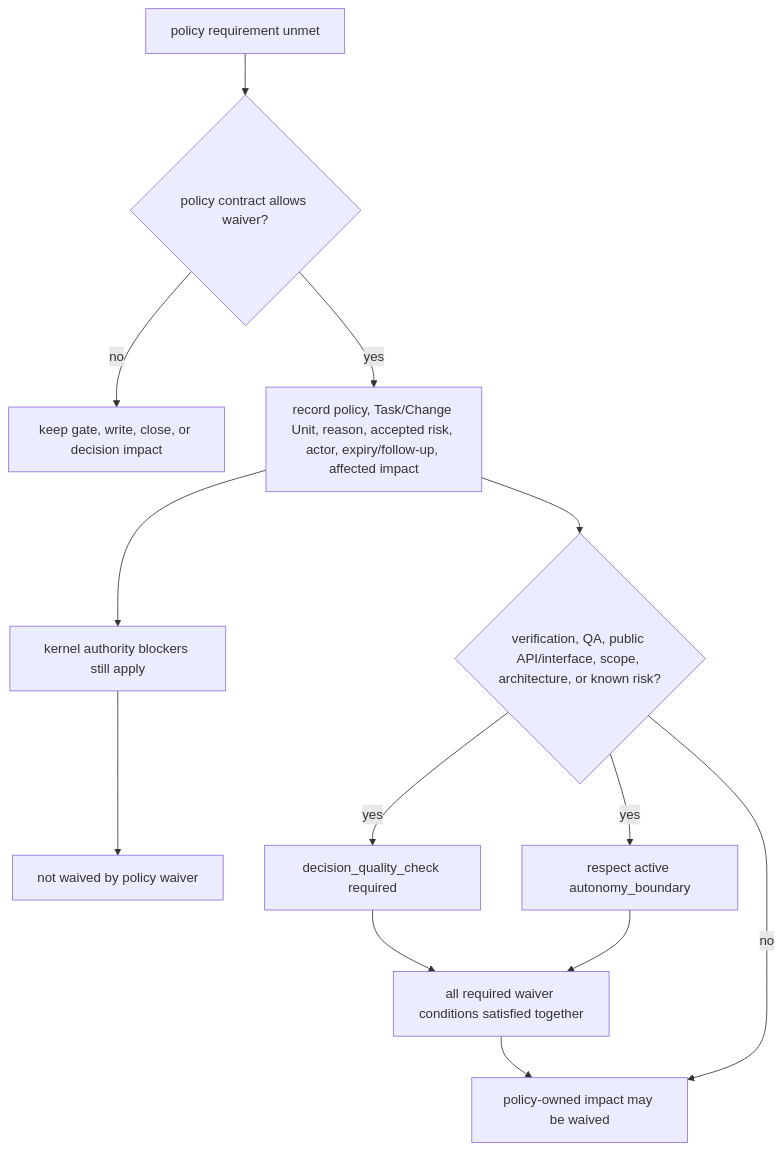
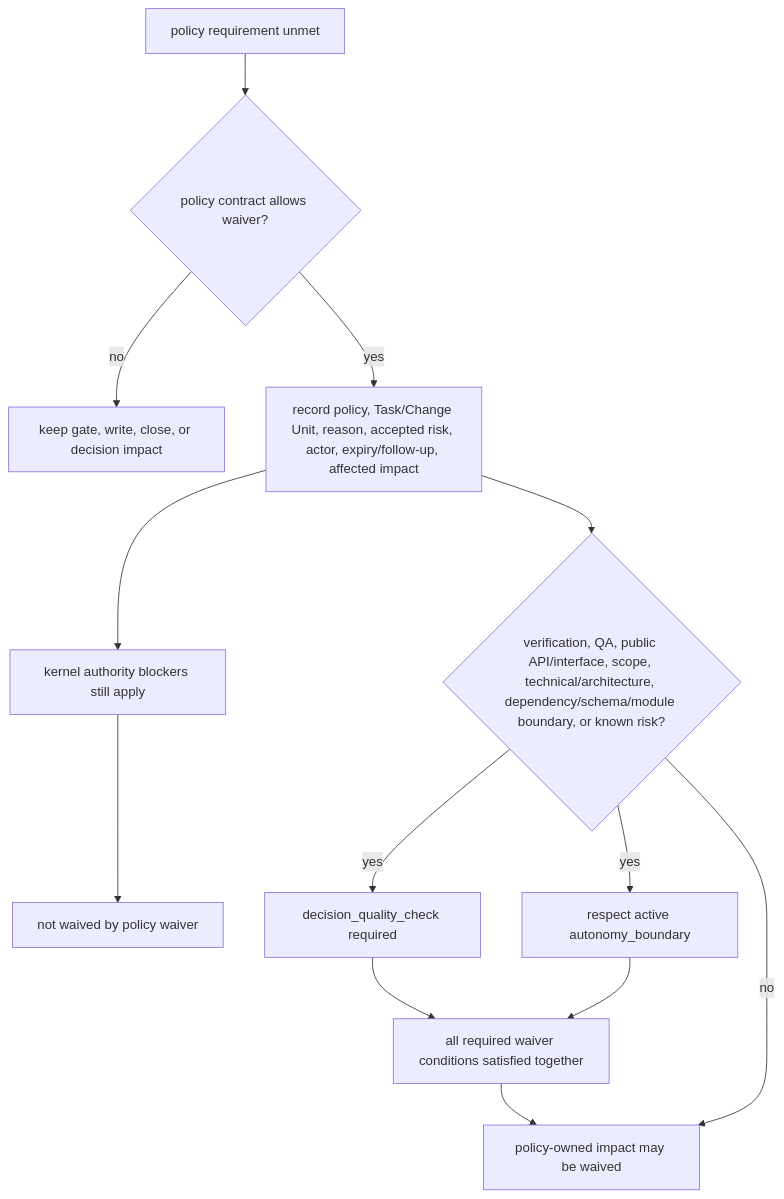
Before and after one commit to minjungw00/Volicord: the second of 2 diagrams in docs/en/reference/design-quality-policies.md, drawn with Mermaid. The commit also changed other lines of this file and 5 other files, not shown here.

````diff
--- a/docs/en/reference/design-quality-policies.md
+++ b/docs/en/reference/design-quality-policies.md
@@ -443,15 +445,15 @@
 ```mermaid
 flowchart TD
   Gap["policy requirement unmet"] --> Allowed{"policy contract allows waiver?"}
   Allowed -- no --> KeepImpact["keep gate, write, close, or decision impact"]
   Allowed -- yes --> Record["record policy, Task/Change Unit, reason, accepted risk, actor, expiry/follow-up, affected impact"]
   Record --> Kernel["kernel authority blockers still apply"]
-  Record --> Decision{"verification, QA, public API/interface, scope, architecture, or known risk?"}
+  Record --> Decision{"verification, QA, public API/interface, scope, technical/architecture, dependency/schema/module boundary, or known risk?"}
   Decision -- yes --> Quality["decision_quality_check required"]
   Decision -- yes --> Boundary["respect active autonomy_boundary"]
   Decision -- no --> Waived["policy-owned impact may be waived"]
   Quality --> Conditions["all required waiver conditions satisfied together"]
   Boundary --> Conditions
   Kernel --> Separate["not waived by policy waiver"]
   Conditions --> Waived
 ```
````
